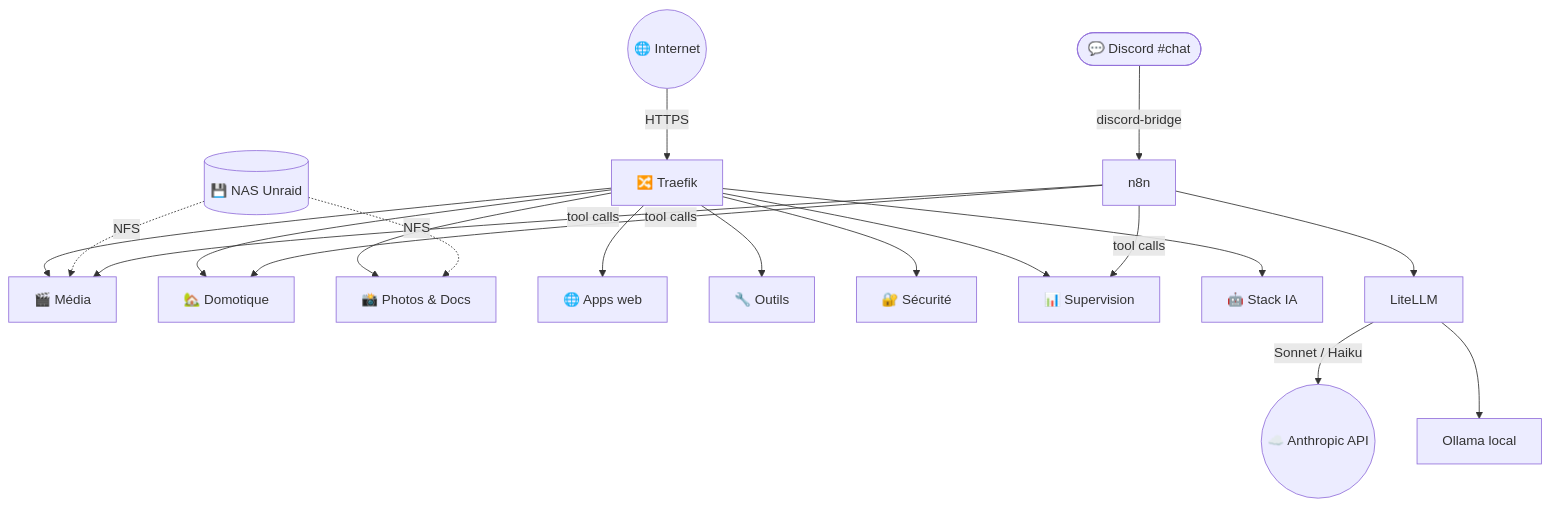
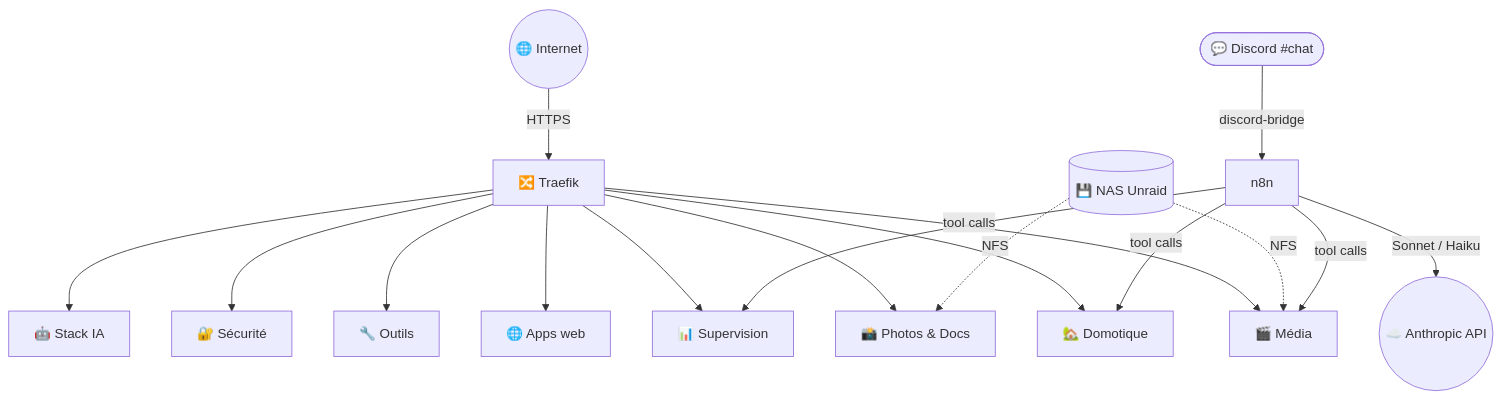
One commit to Wifsimster/docker-setup changed the first of 7 diagrams in README.md. Above: the diagram before and after it, drawn with Mermaid. The commit also changed other lines of this file, not shown here.

````diff
--- a/README.md
+++ b/README.md
@@ -26,23 +26,21 @@
 ```mermaid
 graph TB
     Internet((🌐 Internet)) -->|HTTPS| Traefik[🔀 Traefik]
     Traefik --> Media[🎬 Média]
     Traefik --> Home[🏡 Domotique]
     Traefik --> Photos[📸 Photos & Docs]
     Traefik --> Apps[🌐 Apps web]
     Traefik --> Tools[🔧 Outils]
     Traefik --> Sec[🔐 Sécurité]
     Traefik --> Ops[📊 Supervision]
     Traefik --> AI[🤖 Stack IA]
 
     NAS[(💾 NAS Unraid)] -.->|NFS| Media
     NAS -.->|NFS| Photos
 
     Discord([💬 Discord #chat]) -->|discord-bridge| n8n
-    n8n --> LiteLLM[LiteLLM]
+    n8n -->|Sonnet / Haiku| Anthropic((☁️ Anthropic API))
     n8n -->|tool calls| Media
     n8n -->|tool calls| Home
     n8n -->|tool calls| Ops
-    LiteLLM -->|Sonnet / Haiku| Anthropic((☁️ Anthropic API))
-    LiteLLM --> Ollama[Ollama local]
 ```
````
